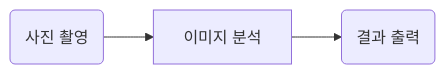
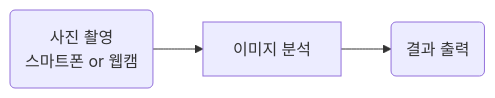
One commit to 201710808/-p changed the diagram in Readme.md. Above: the diagram before and after it, drawn with Mermaid.

````diff
--- a/Readme.md
+++ b/Readme.md
@@ -3,5 +3,6 @@
 ```mermaid
 graph LR
-A(사진 촬영)-->B[이미지 분석]
+A(사진 촬영
+스마트폰 or 웹캠)-->B[이미지 분석]
 B-->C(결과 출력)
 ```
````
